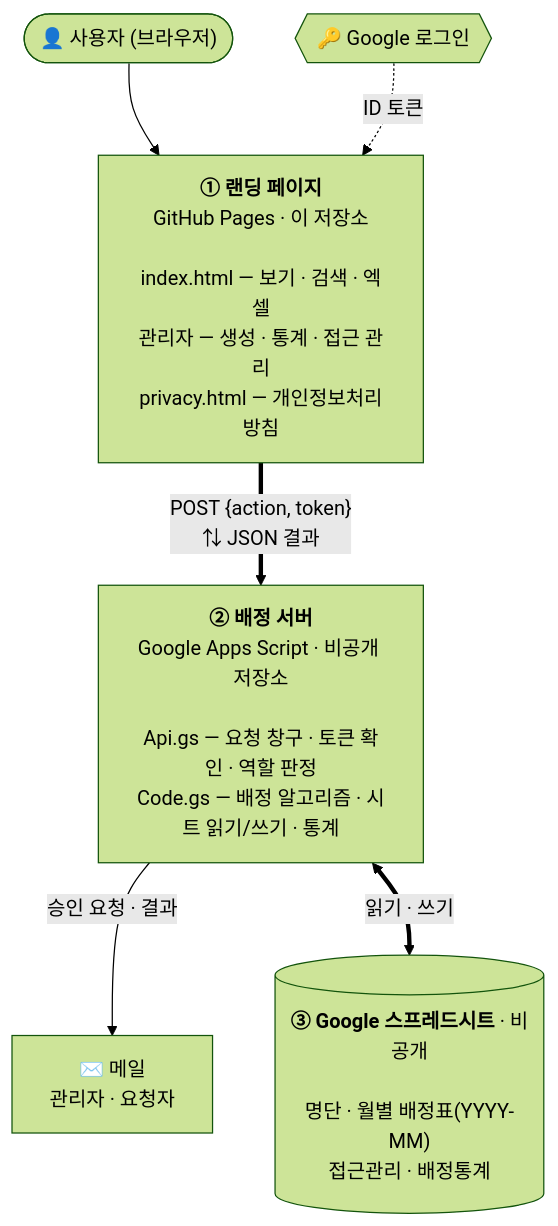
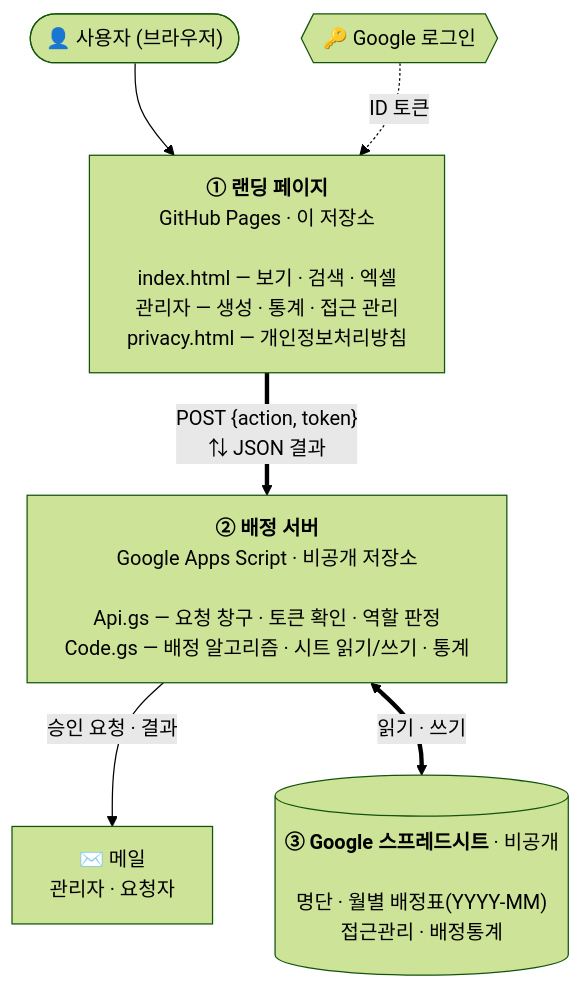
The first of 3 diagrams in README.md (GunhoJin/amsa-liturgy), drawn with Mermaid (forest theme) before and after one commit. The commit also changed other lines of this file, not shown here.

Commit message:
README: wider label wrapping in diagrams

````diff
--- a/README.md
+++ b/README.md
@@ -9,15 +9,16 @@
 ```mermaid
+%%{init: {"flowchart": {"wrappingWidth": 600}}}%%
 flowchart TB
     U(["👤 사용자 (브라우저)"])
     G{{"🔑 Google 로그인"}}
     L["<b>① 랜딩 페이지</b><br/>GitHub Pages · 이 저장소<br/><br/>index.html — 보기 · 검색 · 엑셀<br/>관리자 — 생성 · 통계 · 접근 관리<br/>privacy.html — 개인정보처리방침"]
     S["<b>② 배정 서버</b><br/>Google Apps Script · 비공개 저장소<br/><br/>Api.gs — 요청 창구 · 토큰 확인 · 역할 판정<br/>Code.gs — 배정 알고리즘 · 시트 읽기/쓰기 · 통계"]
     M["✉️ 메일<br/>관리자 · 요청자"]
     D[("<b>③ Google 스프레드시트</b> · 비공개<br/><br/>명단 · 월별 배정표(YYYY-MM)<br/>접근관리 · 배정통계")]
 
     U --> L
     G -. ID 토큰 .-> L
     L == "POST {action, token}<br/>⇅ JSON 결과" ==> S
     S -- 승인 요청 · 결과 --> M
     S <== 읽기 · 쓰기 ==> D
 ```
````
